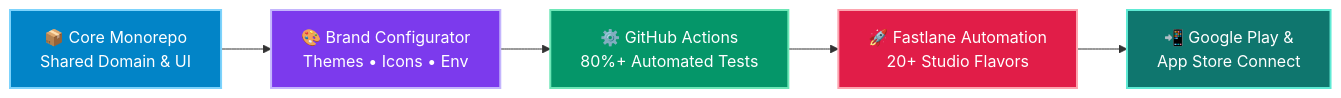
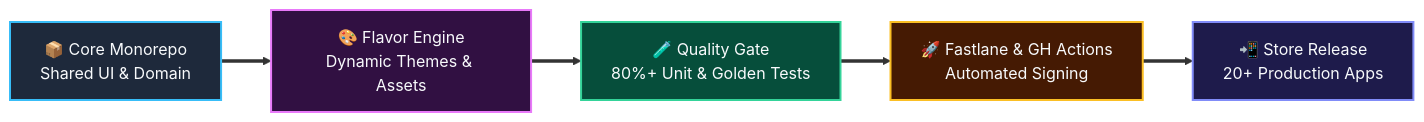
One commit to ibrahemk/ibrahemk changed the second of 3 diagrams in README.md. Above: the diagram before and after it, drawn with Mermaid. The commit also changed other lines of this file, not shown here.

````diff
--- a/README.md
+++ b/README.md
@@ -76,13 +102,13 @@
 ```mermaid
 flowchart LR
-    Core["📦 Core Monorepo<br/>Shared Domain & UI"] --> Injector["🎨 Brand Configurator<br/>Themes • Icons • Env"]
-    Injector --> CI["⚙️ GitHub Actions<br/>80%+ Automated Tests"]
-    CI --> Fastlane["🚀 Fastlane Automation<br/>20+ Studio Flavors"]
-    Fastlane --> Stores["📲 Google Play &<br/>App Store Connect"]
+    A["📦 Core Monorepo<br/>Shared UI & Domain"] ==> B["🎨 Flavor Engine<br/>Dynamic Themes & Assets"]
+    B ==> C["🧪 Quality Gate<br/>80%+ Unit & Golden Tests"]
+    C ==> D["🚀 Fastlane & GH Actions<br/>Automated Signing"]
+    D ==> E["📲 Store Release<br/>20+ Production Apps"]
 
-    style Core fill:#0284C7,stroke:#7DD3FC,stroke-width:2px,color:#ffffff
-    style Injector fill:#7C3AED,stroke:#C4B5FD,stroke-width:2px,color:#ffffff
-    style CI fill:#059669,stroke:#6EE7B7,stroke-width:2px,color:#ffffff
-    style Fastlane fill:#E11D48,stroke:#FDA4AF,stroke-width:2px,color:#ffffff
-    style Stores fill:#0F766E,stroke:#5EEAD4,stroke-width:2px,color:#ffffff
+    style A fill:#1E293B,stroke:#38BDF8,stroke-width:2px,color:#F8FAFC
+    style B fill:#311042,stroke:#E879F9,stroke-width:2px,color:#F8FAFC
+    style C fill:#064E3B,stroke:#34D399,stroke-width:2px,color:#F8FAFC
+    style D fill:#451A03,stroke:#FBBF24,stroke-width:2px,color:#F8FAFC
+    style E fill:#1E1B4B,stroke:#818CF8,stroke-width:2px,color:#F8FAFC
 ```
````
